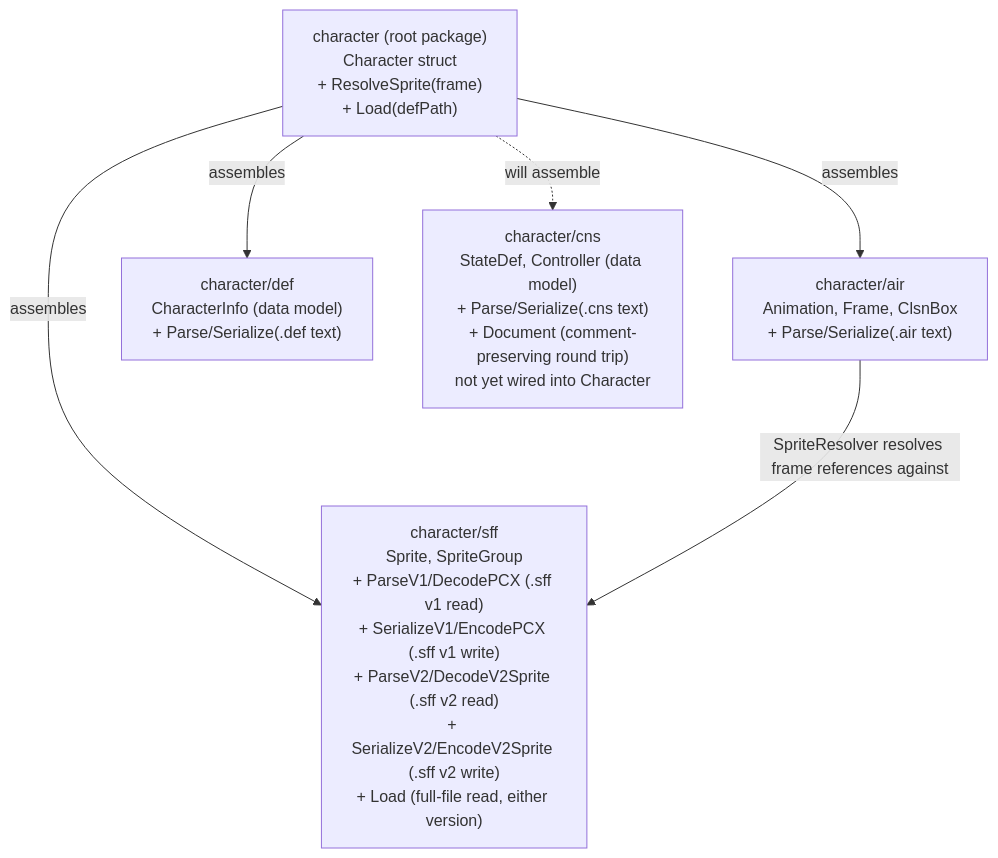
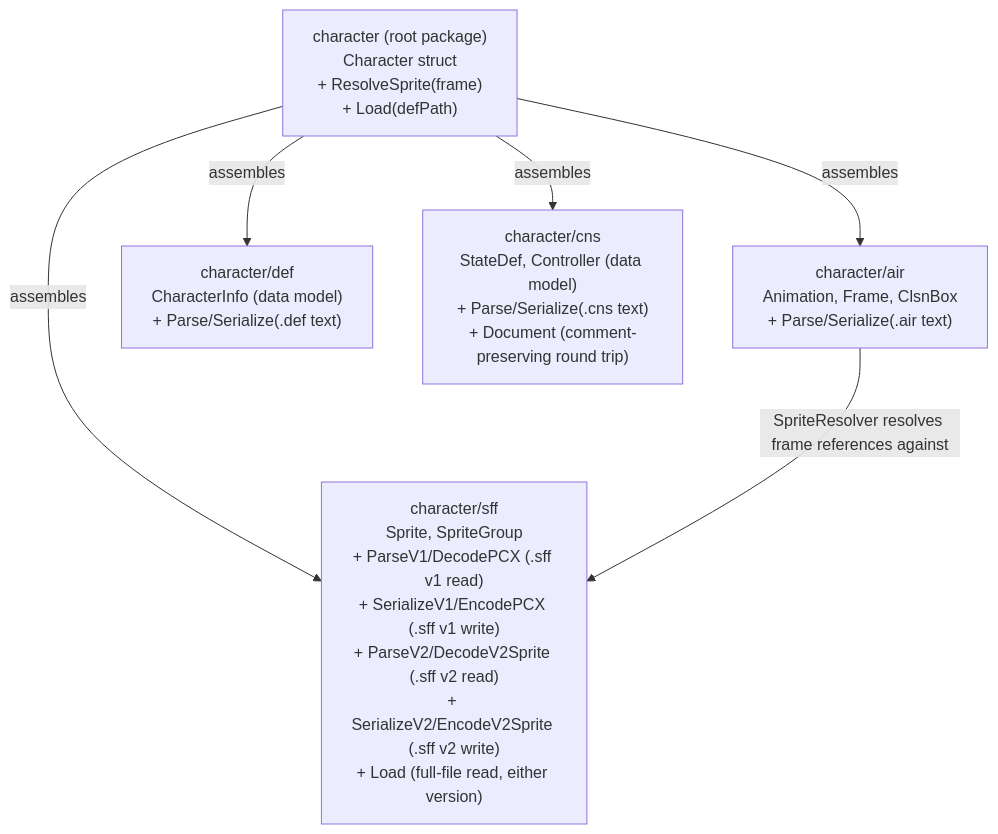
One commit to openkakutou/character changed the diagram in docs/architecture.md. Above: the diagram before and after it, drawn with Mermaid. The commit also changed other lines of this file and 10 other files, not shown here.

First line of the commit message:
feat: load a full character with its combat logic (.cns) included alongside its animations and sprites, completing the full character load

````diff
--- a/docs/architecture.md
+++ b/docs/architecture.md
@@ -11,14 +11,14 @@
 ```mermaid
 graph TD
     root["character (root package)<br/>Character struct<br/>+ ResolveSprite(frame)<br/>+ Load(defPath)"]
     air["character/air<br/>Animation, Frame, ClsnBox<br/>+ Parse/Serialize(.air text)"]
     def["character/def<br/>CharacterInfo (data model)<br/>+ Parse/Serialize(.def text)"]
     sff["character/sff<br/>Sprite, SpriteGroup<br/>+ ParseV1/DecodePCX (.sff v1 read)<br/>+ SerializeV1/EncodePCX (.sff v1 write)<br/>+ ParseV2/DecodeV2Sprite (.sff v2 read)<br/>+ SerializeV2/EncodeV2Sprite (.sff v2 write)<br/>+ Load (full-file read, either version)"]
-    cns["character/cns<br/>StateDef, Controller (data model)<br/>+ Parse/Serialize(.cns text)<br/>+ Document (comment-preserving round trip)<br/>not yet wired into Character"]
+    cns["character/cns<br/>StateDef, Controller (data model)<br/>+ Parse/Serialize(.cns text)<br/>+ Document (comment-preserving round trip)"]
 
     root -->|assembles| air
     root -->|assembles| def
     root -->|assembles| sff
-    root -.->|will assemble| cns
+    root -->|assembles| cns
     air -->|SpriteResolver resolves frame references against| sff
 ```
````
